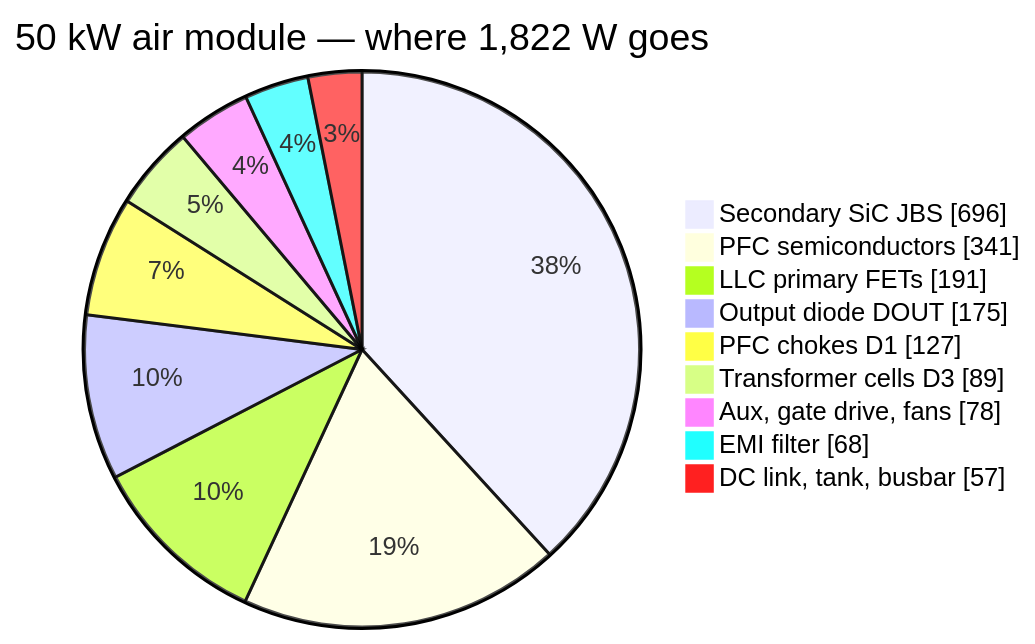
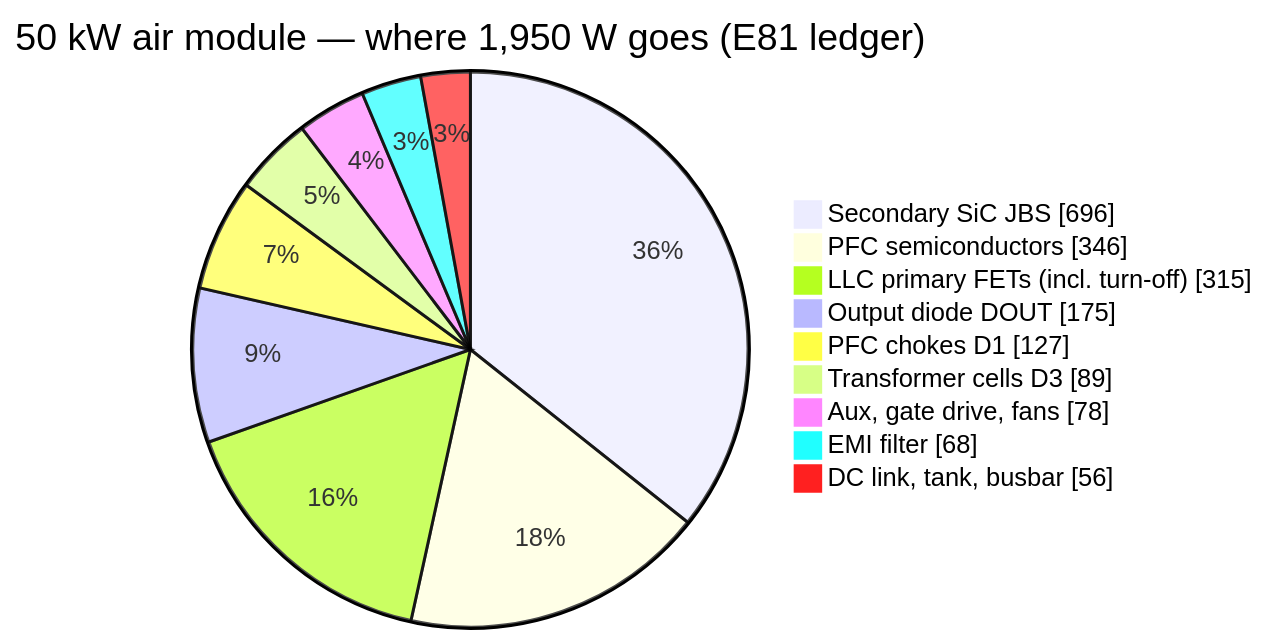
Before and after one commit to vectivolt/DC-Modules: the first of 5 diagrams in docs/thermal-report.md, drawn with Mermaid. The commit also changed other lines of this file and 37 other files, not shown here.

First line of the commit message:
E81 docs: premium polish pass — 42 pages restructured, 80 diagrams, 61+ stale claims fixed, gates synced

````diff
--- a/docs/thermal-report.md
+++ b/docs/thermal-report.md
@@ -82,12 +106,12 @@
 ```mermaid
-pie showData title 50 kW air module — where 1,822 W goes
+pie showData title 50 kW air module — where 1,950 W goes (E81 ledger)
   "Secondary SiC JBS" : 696
-  "PFC semiconductors" : 341
-  "LLC primary FETs" : 191
+  "PFC semiconductors" : 346
+  "LLC primary FETs (incl. turn-off)" : 315
   "Output diode DOUT" : 175
   "PFC chokes D1" : 127
   "Transformer cells D3" : 89
   "Aux, gate drive, fans" : 78
   "EMI filter" : 68
-  "DC link, tank, busbar" : 57
+  "DC link, tank, busbar" : 56
 ```
````
